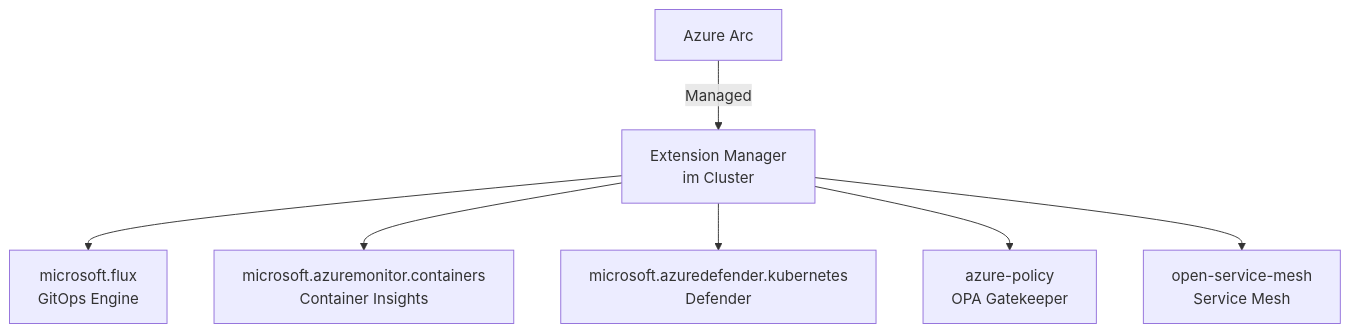
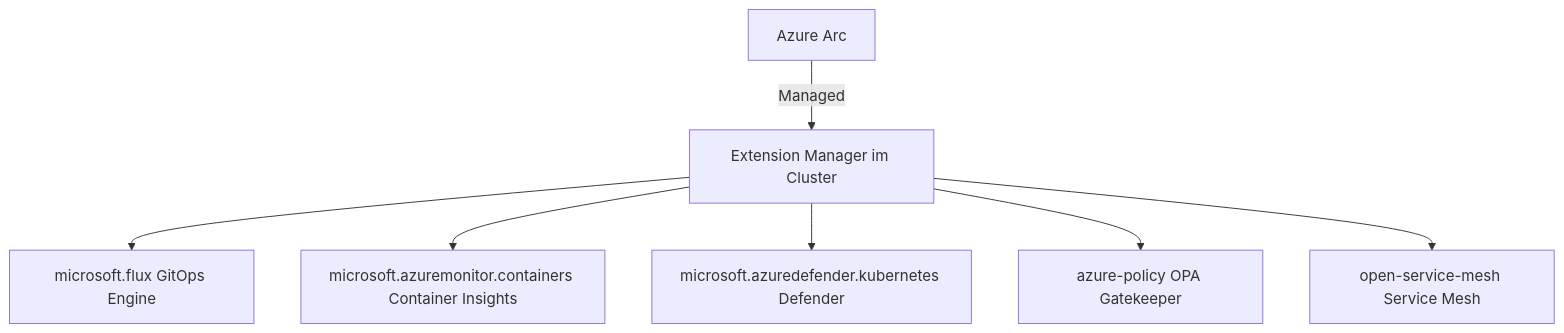
The third of 6 diagrams in Microsoft 365/Azure/Arc/Arc-fähige Kubernetes.md (SoniiiT/notes-n-docs), drawn with Mermaid before and after one commit. The commit also changed other lines of this file and 124 other files, not shown here.

First line of the commit message:
fix: Entferne \n aus allen Mermaid-Diagrammen (125 Dateien)

````diff
--- a/Microsoft 365/Azure/Arc/Arc-fähige Kubernetes.md
+++ b/Microsoft 365/Azure/Arc/Arc-fähige Kubernetes.md
@@ -188,17 +188,17 @@
 ```mermaid
 graph TD
     AZURE[Azure Arc]
-    EXT_MGR[Extension Manager\nim Cluster]
-    FLUX_EXT[microsoft.flux\nGitOps Engine]
-    AMA_EXT[microsoft.azuremonitor.containers\nContainer Insights]
-    DEFENDER_EXT[microsoft.azuredefender.kubernetes\nDefender]
-    POLICY_EXT[azure-policy\nOPA Gatekeeper]
-    OSM_EXT[open-service-mesh\nService Mesh]
+    EXT_MGR[Extension Manager im Cluster]
+    FLUX_EXT[microsoft.flux GitOps Engine]
+    AMA_EXT[microsoft.azuremonitor.containers Container Insights]
+    DEFENDER_EXT[microsoft.azuredefender.kubernetes Defender]
+    POLICY_EXT[azure-policy OPA Gatekeeper]
+    OSM_EXT[open-service-mesh Service Mesh]
 
     AZURE -->|Managed| EXT_MGR
     EXT_MGR --> FLUX_EXT
     EXT_MGR --> AMA_EXT
     EXT_MGR --> DEFENDER_EXT
     EXT_MGR --> POLICY_EXT
     EXT_MGR --> OSM_EXT
 ```
````
